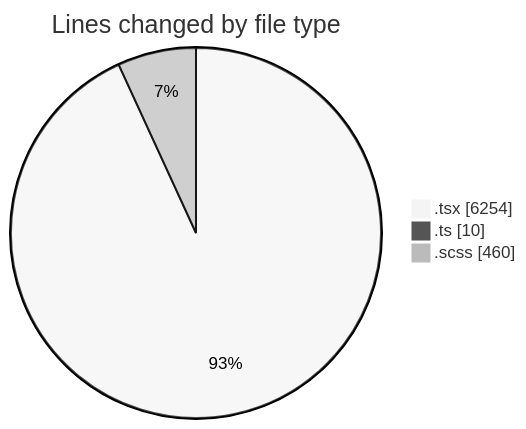
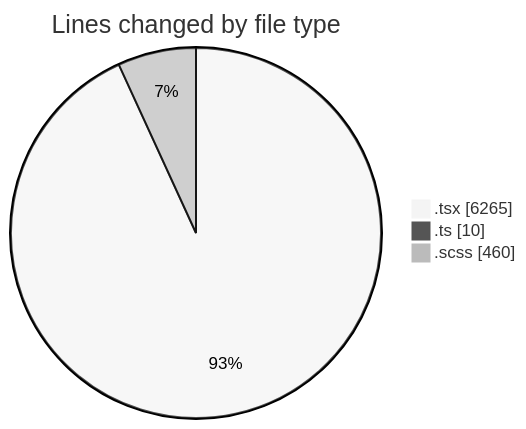
One commit to momahboobian/code-tracking changed the first of 2 diagrams in 2025-11-17/cda/README.md. Above: the diagram before and after it, drawn with Mermaid (neutral theme). The commit also changed other lines of this file and 1 other file, not shown here.

````diff
--- a/2025-11-17/cda/README.md
+++ b/2025-11-17/cda/README.md
@@ -31,7 +31,7 @@
 ```mermaid
 pie showData
 title Lines changed by file type
-".tsx" : 6254
+".tsx" : 6265
 ".ts" : 10
 ".scss" : 460
 ```
````
